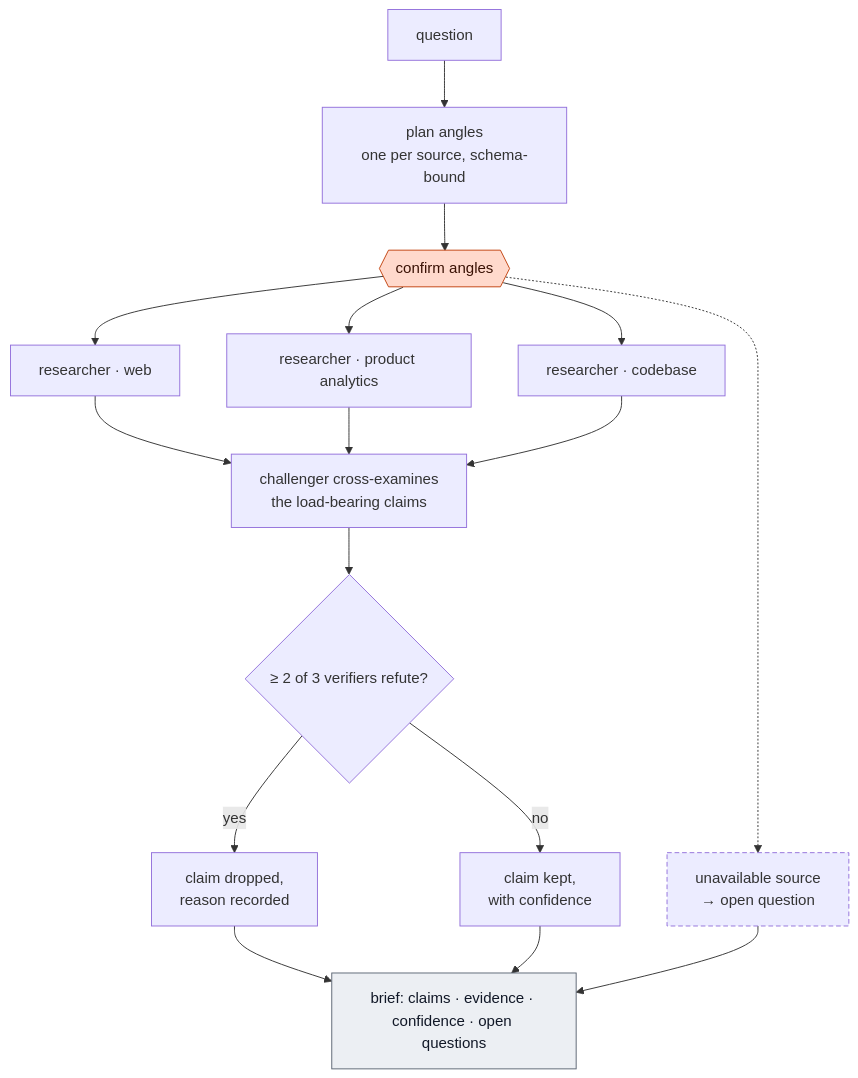
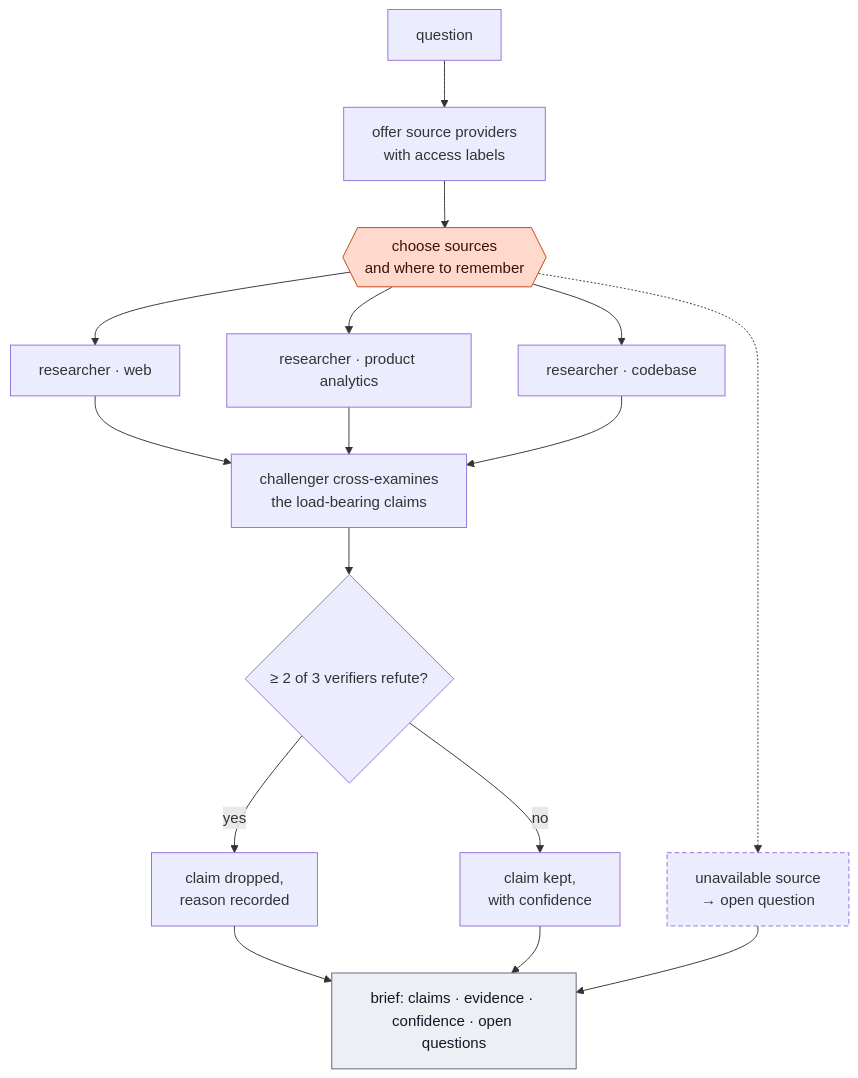
Before and after one commit to dreamingechoes/wholeloop: the diagram in docs/flow/define/research.md, drawn with Mermaid. The commit also changed other lines of this file and 26 other files, not shown here.

````diff
--- a/docs/flow/define/research.md
+++ b/docs/flow/define/research.md
@@ -28,18 +28,18 @@
 ```mermaid
 flowchart TD
-  Q["question"] --> P["plan angles<br/>one per source, schema-bound"]
-  P --> C{{"confirm angles"}}:::person
+  Q["question"] --> P["offer source providers<br/>with access labels"]
+  P --> C{{"choose sources<br/>and where to remember"}}:::person
   C --> A1["researcher · web"]
   C --> A2["researcher · product analytics"]
   C --> A3["researcher · codebase"]
   C -.-> A4["unavailable source<br/>→ open question"]:::opt
   A1 & A2 & A3 --> X["challenger cross-examines<br/>the load-bearing claims"]
   X --> R{"≥ 2 of 3 verifiers refute?"}
   R -- yes --> DROP["claim dropped,<br/>reason recorded"]
   R -- no --> KEEP["claim kept,<br/>with confidence"]
   DROP & KEEP --> B["brief: claims · evidence · confidence · open questions"]:::core
   A4 --> B
   classDef person fill:#ffd9cc,stroke:#c2410c,color:#3b1205;
   classDef core fill:#eceff3,stroke:#5b6573,color:#111827;
   classDef opt stroke-dasharray:5 3;
 ```
````
